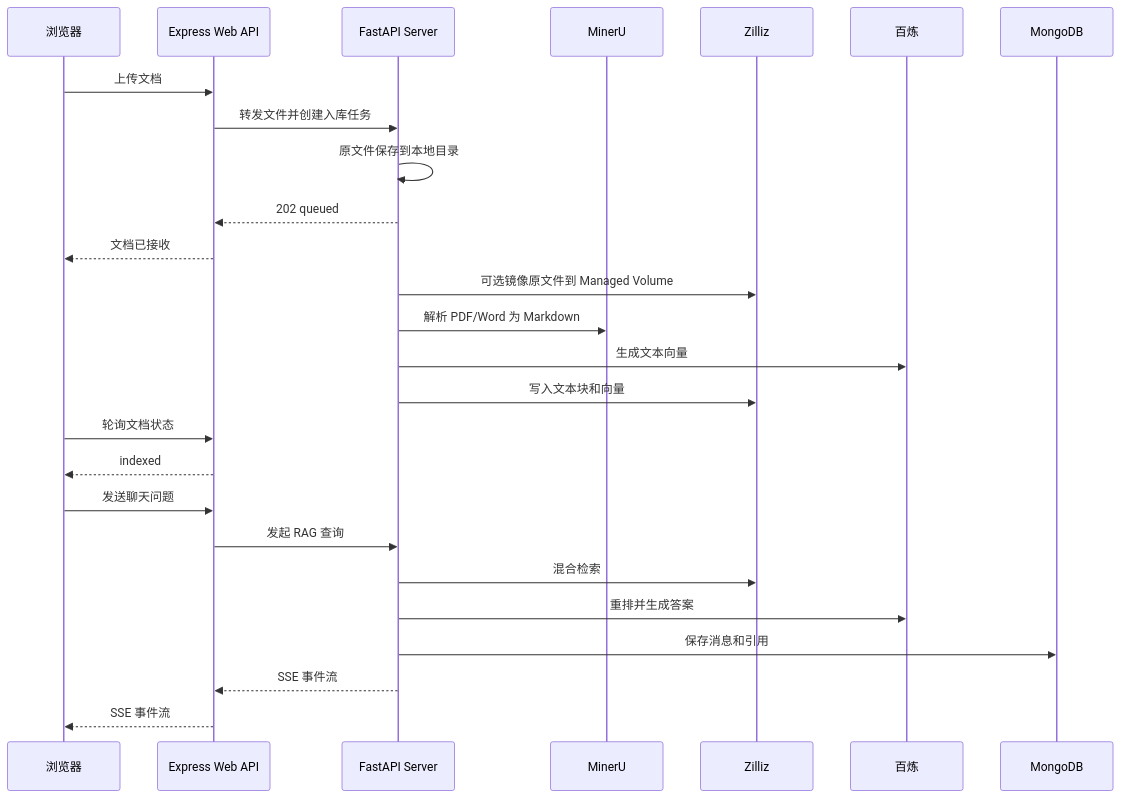
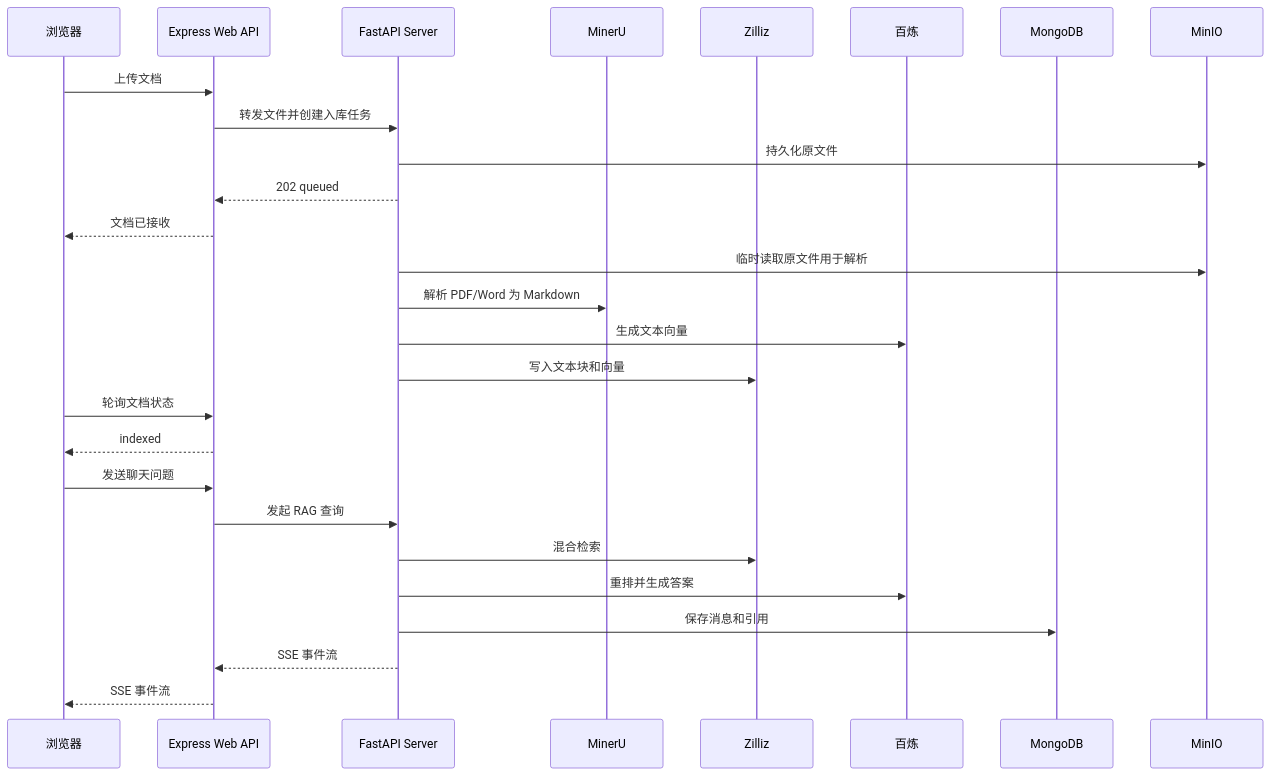
Before and after one commit to t745851718/KnowledgeAgent: the diagram in README/api.md, drawn with Mermaid. The commit also changed other lines of this file and 74 other files, not shown here.

````diff
--- a/README/api.md
+++ b/README/api.md
@@ -26,30 +26,31 @@
 ```mermaid
 sequenceDiagram
     participant Browser as 浏览器
     participant Express as Express Web API
     participant FastAPI as FastAPI Server
     participant MinerU as MinerU
     participant Zilliz as Zilliz
     participant Bailian as 百炼
     participant MongoDB as MongoDB
+    participant MinIO as MinIO
 
     Browser->>Express: 上传文档
     Express->>FastAPI: 转发文件并创建入库任务
-    FastAPI->>FastAPI: 原文件保存到本地目录
+    FastAPI->>MinIO: 持久化原文件
     FastAPI-->>Express: 202 queued
     Express-->>Browser: 文档已接收
-    FastAPI->>Zilliz: 可选镜像原文件到 Managed Volume
+    FastAPI->>MinIO: 临时读取原文件用于解析
     FastAPI->>MinerU: 解析 PDF/Word 为 Markdown
     FastAPI->>Bailian: 生成文本向量
     FastAPI->>Zilliz: 写入文本块和向量
     Browser->>Express: 轮询文档状态
     Express-->>Browser: indexed
 
     Browser->>Express: 发送聊天问题
     Express->>FastAPI: 发起 RAG 查询
     FastAPI->>Zilliz: 混合检索
     FastAPI->>Bailian: 重排并生成答案
     FastAPI->>MongoDB: 保存消息和引用
     FastAPI-->>Express: SSE 事件流
     Express-->>Browser: SSE 事件流
 ```
````
